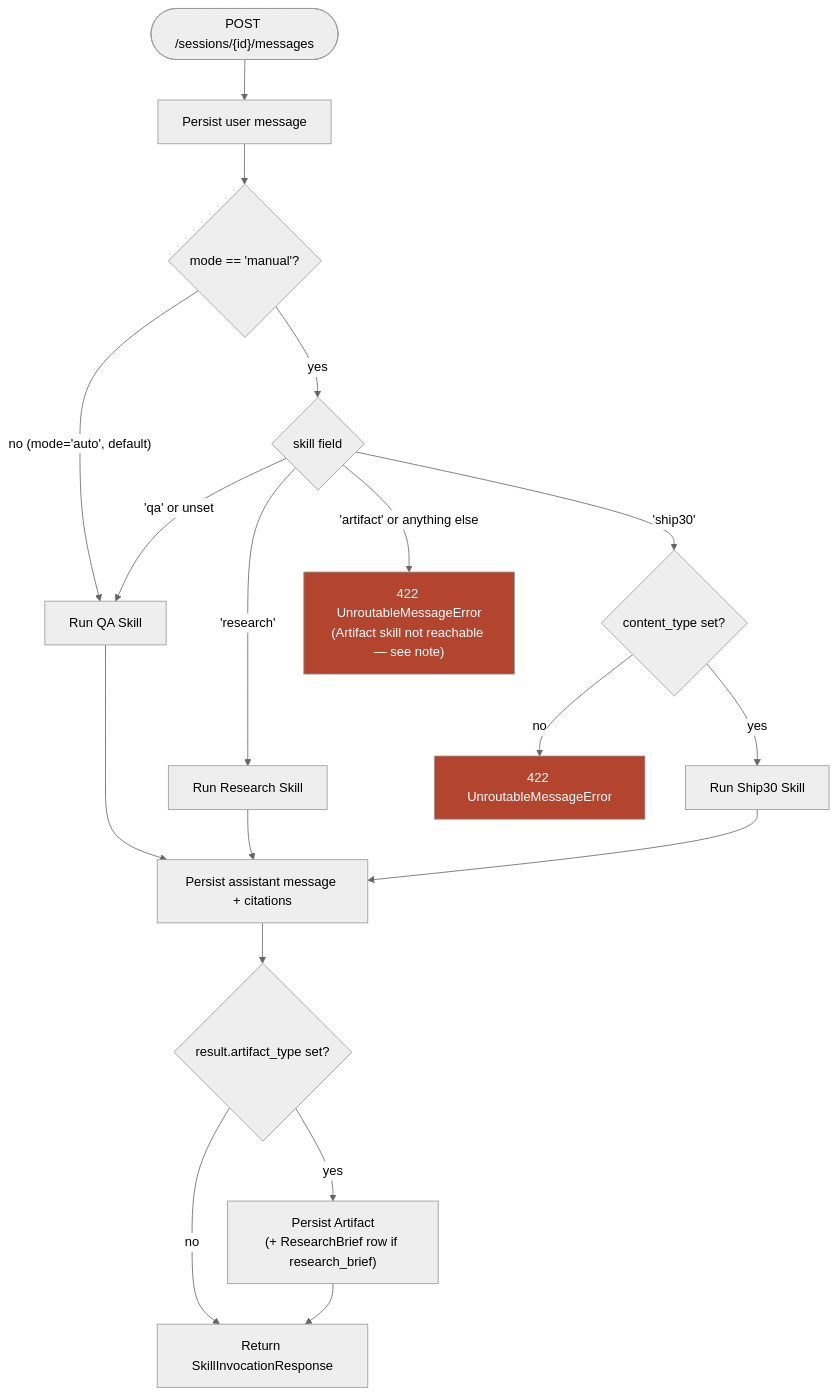
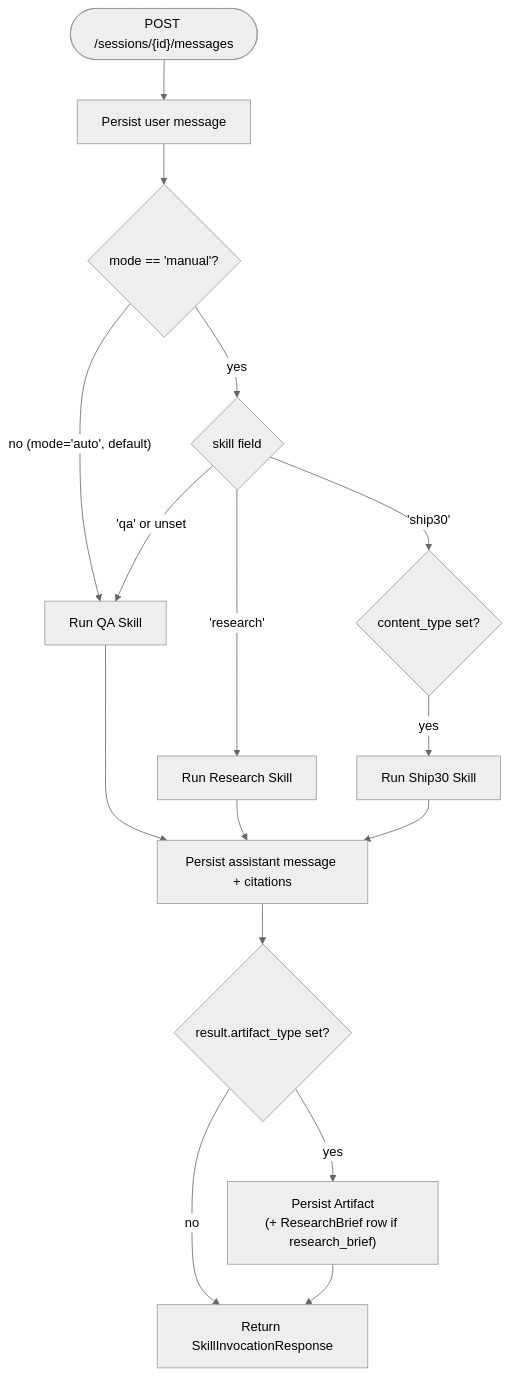
One commit to Lakshan-21/Lenny-Growth-Assistant changed the second of 8 diagrams in README.md. Above: the diagram before and after it, drawn with Mermaid (neutral theme). The commit also changed other lines of this file, not shown here.

Commit message:
Replace broken Mermaid ER diagram with image

````diff
--- a/README.md
+++ b/README.md
@@ -158,24 +158,19 @@
 ```mermaid
 flowchart TD
     Start(["POST /sessions/{id}/messages"]) --> Persist["Persist user message"]
     Persist --> ModeCheck{"mode == 'manual'?"}
     ModeCheck -->|"no (mode='auto', default)"| QA["Run QA Skill"]
     ModeCheck -->|"yes"| SkillCheck{"skill field"}
     SkillCheck -->|"'research'"| Research["Run Research Skill"]
     SkillCheck -->|"'ship30'"| CTCheck{"content_type set?"}
     SkillCheck -->|"'qa' or unset"| QA
-    SkillCheck -->|"'artifact' or anything else"| Reject["422 UnroutableMessageError\n(Artifact skill not reachable — see note)"]
     CTCheck -->|"yes"| Ship30["Run Ship30 Skill"]
-    CTCheck -->|"no"| Reject2["422 UnroutableMessageError"]
 
     QA --> Persist2["Persist assistant message + citations"]
     Research --> Persist2
     Ship30 --> Persist2
     Persist2 --> ArtifactCheck{"result.artifact_type set?"}
     ArtifactCheck -->|"yes"| SaveArt["Persist Artifact\n(+ ResearchBrief row if research_brief)"]
     ArtifactCheck -->|"no"| Respond["Return SkillInvocationResponse"]
     SaveArt --> Respond
-
-    style Reject fill:#b3452f,color:#fff
-    style Reject2 fill:#b3452f,color:#fff
 ```
````
